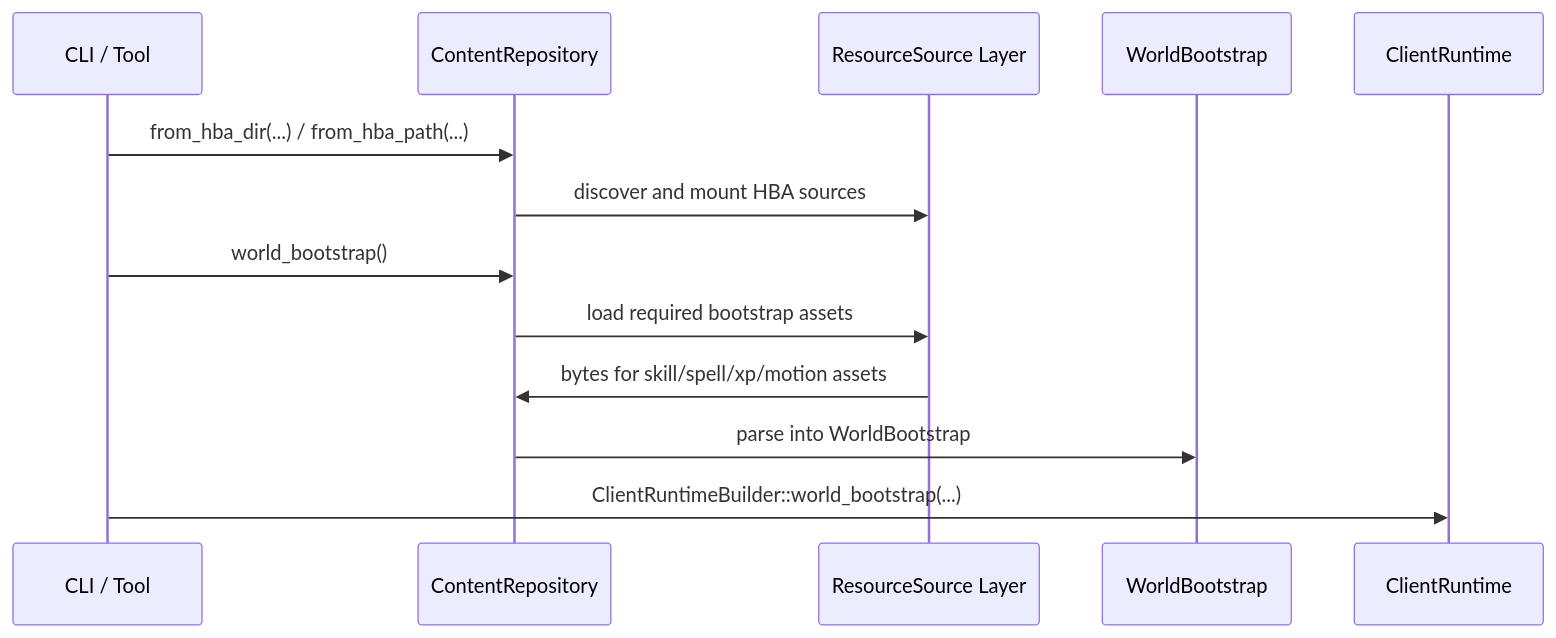
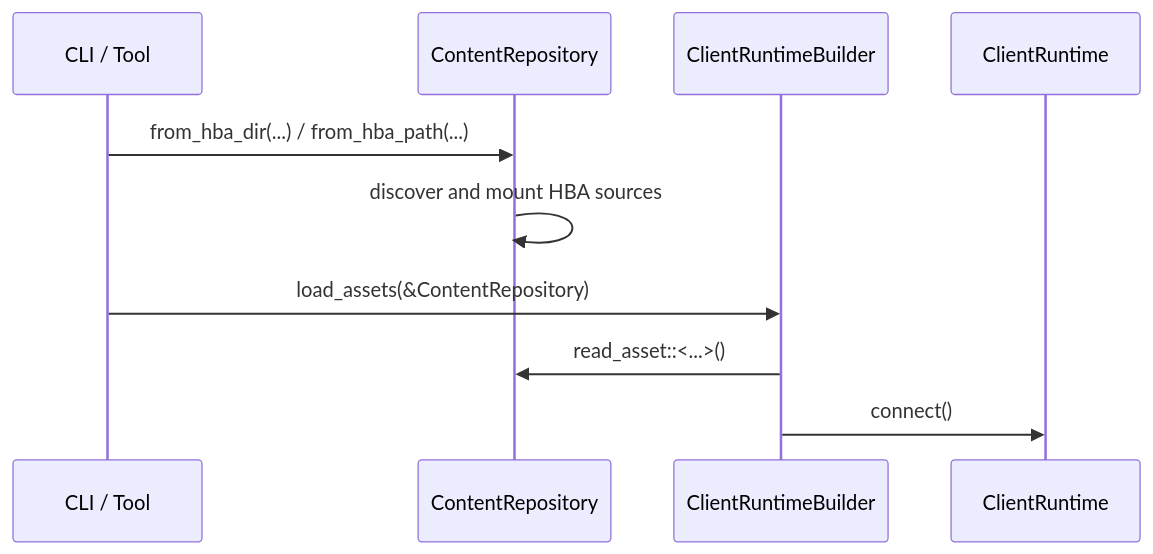
One commit to merklejerk/holtburger changed the diagram in crates/holtburger-content/ARCHITECTURE.md. Above: the diagram before and after it, drawn with Mermaid. The commit also changed other lines of this file and 16 other files, not shown here.

Commit message:
move bootstrap and default asset responsibility out of holtburger-content and into builder/tui

````diff
--- a/crates/holtburger-content/ARCHITECTURE.md
+++ b/crates/holtburger-content/ARCHITECTURE.md
@@ -62,16 +48,13 @@
 ```mermaid
 sequenceDiagram
     participant App as CLI / Tool
     participant Content as ContentRepository
-    participant Dat as ResourceSource Layer
-    participant World as WorldBootstrap
+    participant Builder as ClientRuntimeBuilder
     participant Core as ClientRuntime
 
     App->>Content: from_hba_dir(...) / from_hba_path(...)
-    Content->>Dat: discover and mount HBA sources
-    App->>Content: world_bootstrap()
-    Content->>Dat: load required bootstrap assets
-    Dat->>Content: bytes for skill/spell/xp/motion assets
-    Content->>World: parse into WorldBootstrap
-    App->>Core: ClientRuntimeBuilder::world_bootstrap(...)
+    Content->>Content: discover and mount HBA sources
+    App->>Builder: load_assets(&ContentRepository)
+    Builder->>Content: read_asset::<...>()
+    Builder->>Core: connect()
 ```
````
